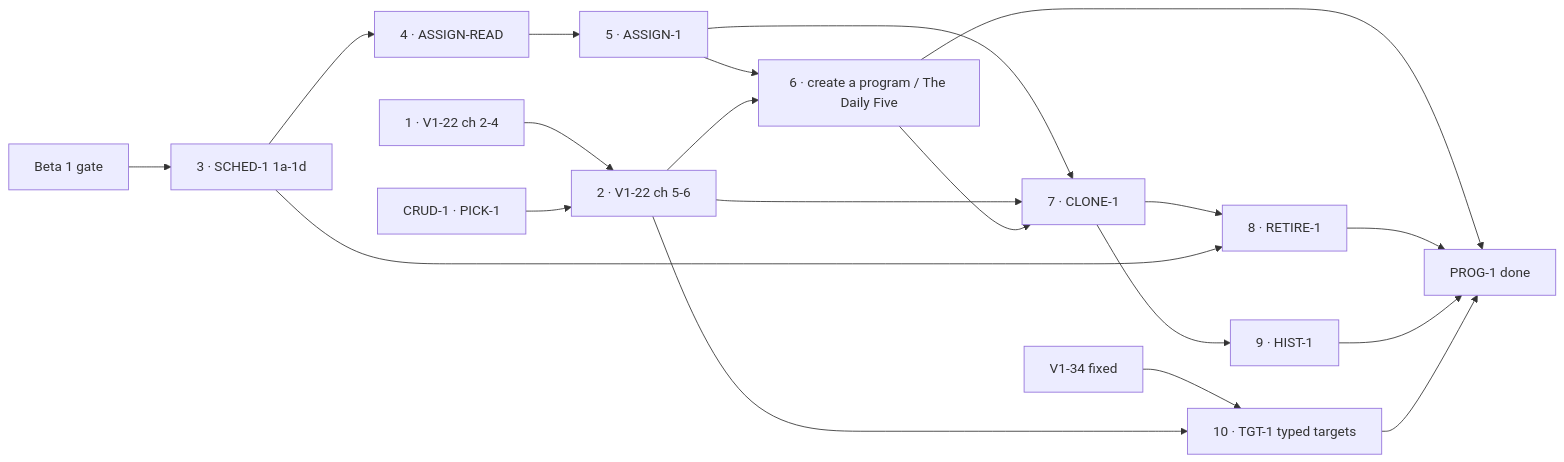
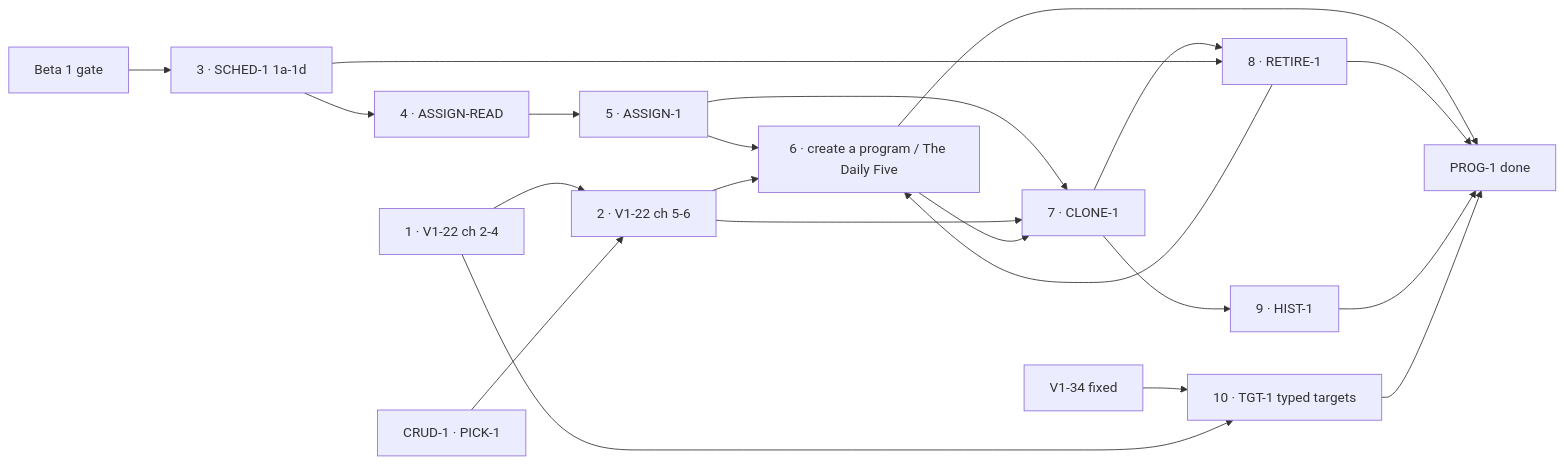
One commit to ralamode/mat-plan changed the diagram in docs/milestones/prog-1-programs-and-scheduling.md. Above: the diagram before and after it, drawn with Mermaid. The commit also changed other lines of this file and 10 other files, not shown here.

````diff
--- a/docs/milestones/prog-1-programs-and-scheduling.md
+++ b/docs/milestones/prog-1-programs-and-scheduling.md
@@ -50,22 +51,23 @@
 ```mermaid
 flowchart LR
   V2[1 · V1-22 ch 2-4] --> V6[2 · V1-22 ch 5-6]
   K1[CRUD-1 · PICK-1] --> V6
   G[Beta 1 gate] --> S
   S[3 · SCHED-1 1a-1d] --> AR[4 · ASSIGN-READ]
   AR --> AS[5 · ASSIGN-1]
   AS --> NP[6 · create a program / The Daily Five]
   V6 --> NP
   AS --> CL[7 · CLONE-1]
   V6 --> CL
   NP --> CL
   CL --> RT[8 · RETIRE-1]
+  RT --> NP
   S --> RT
   CL --> HI[9 · HIST-1]
   V34[V1-34 fixed] --> TG
-  V6 --> TG[10 · TGT-1 typed targets]
+  V2 --> TG[10 · TGT-1 typed targets]
   NP --> X[PROG-1 done]
   RT --> X
   HI --> X
   TG --> X
 ```
````
